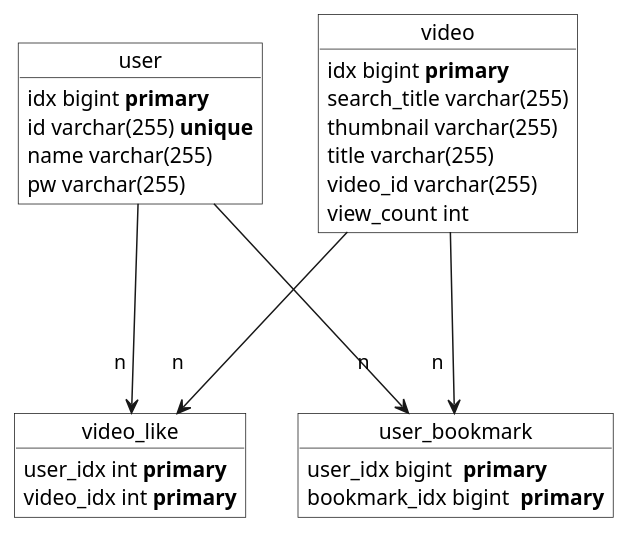
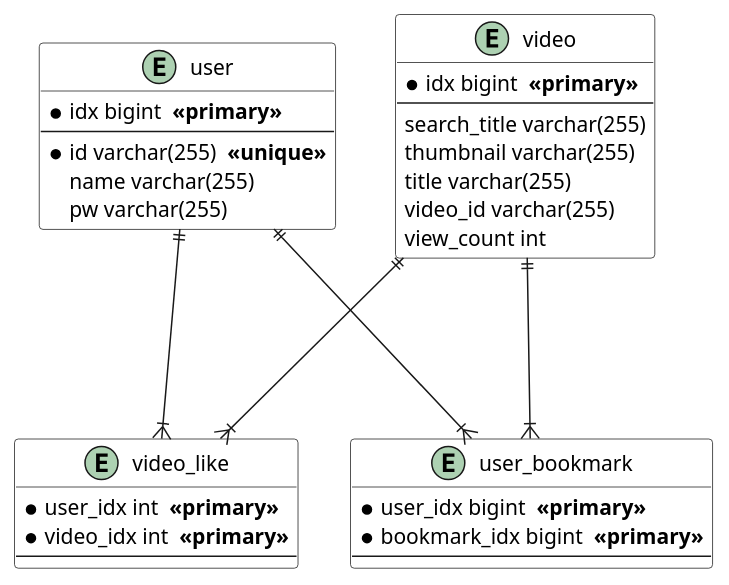
Before and after one commit to JunilHwang/zum_pilot: the diagram in docs/Design.md, drawn with PlantUML.

Commit message:
DB ERD 수정

```diff
--- a/docs/Design.md
+++ b/docs/Design.md
@@ -7,33 +7,37 @@
 @startuml
 
-  object user #fff {
-    idx bigint <b>primary
-    id varchar(255) <b>unique
-    name varchar(255)
-    pw varchar(255)
-  }
-  object video #fff {
-    idx bigint <b>primary
-    search_title varchar(255)
-    thumbnail varchar(255)
-    title varchar(255)
-    video_id varchar(255)
-    view_count int
-  }
+entity user #fff {
+  * idx bigint <b> <<primary>>
+  --
+  * id varchar(255) <b> <<unique>>
+  name varchar(255)
+  pw varchar(255)
+}
+entity video #fff {
+  * idx bigint <b> <<primary>>
+  --
+  search_title varchar(255)
+  thumbnail varchar(255)
+  title varchar(255)
+  video_id varchar(255)
+  view_count int
+}
 
 
-object user_bookmark #fff {
-  user_idx bigint <b> primary
-  bookmark_idx bigint <b> primary
+entity user_bookmark #fff {
+  * user_idx bigint <b> <<primary>>
+  * bookmark_idx bigint <b> <<primary>>
+  --
 }
-object video_like #fff {
-  user_idx int <b>primary
-  video_idx int <b>primary
+entity video_like #fff {
+  * user_idx int <b> <<primary>>
+  * video_idx int <b> <<primary>>
+  --
 }
 
-user ---> "n \n" video_like 
-user ---> "n\t\n" user_bookmark
-video ---> "n\n" video_like 
-video ---> "n  \n" user_bookmark
+user ||---|{ video_like 
+user ||---|{ user_bookmark
+video ||---|{ video_like 
+video ||---|{ user_bookmark
 video_like -[hidden] user_bookmark
 @enduml
```
